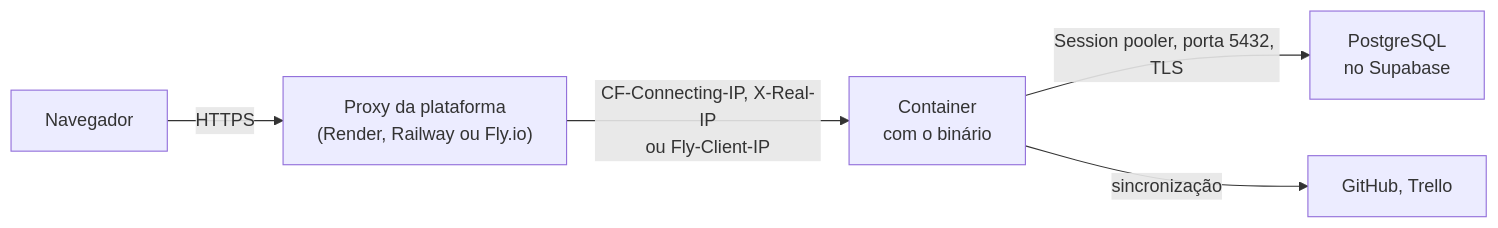
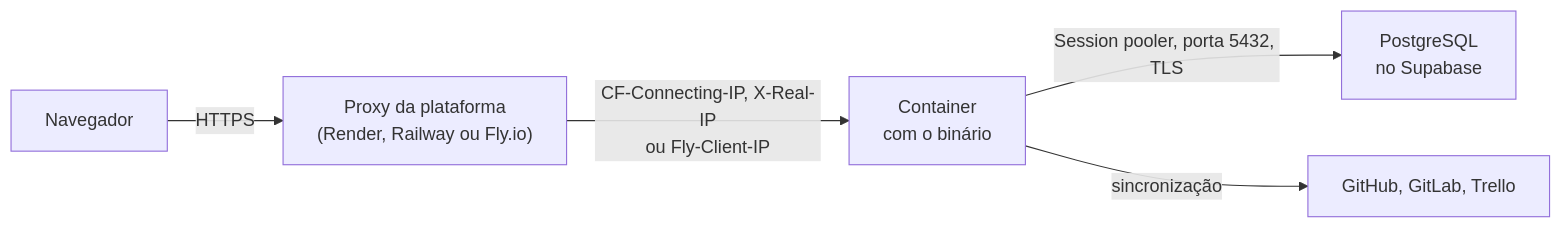
The diagram in _docs/getting-started/deploy.md (itallovidal/working-time-tracker), drawn with Mermaid before and after one commit. The commit also changed other lines of this file and 21 other files, not shown here.

````diff
--- a/_docs/getting-started/deploy.md
+++ b/_docs/getting-started/deploy.md
@@ -9,7 +9,7 @@
 ```mermaid
 flowchart LR
     U["Navegador"] -->|"HTTPS"| P["Proxy da plataforma<br/>(Render, Railway ou Fly.io)"]
     P -->|"CF-Connecting-IP, X-Real-IP<br/>ou Fly-Client-IP"| S["Container<br/>com o binário"]
     S -->|"Session pooler, porta 5432, TLS"| D["PostgreSQL<br/>no Supabase"]
-    S -->|"sincronização"| I["GitHub, Trello"]
+    S -->|"sincronização"| I["GitHub, GitLab, Trello"]
 ```
````
